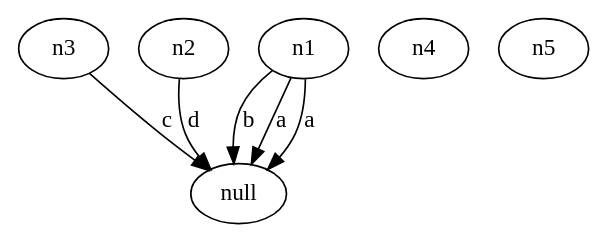
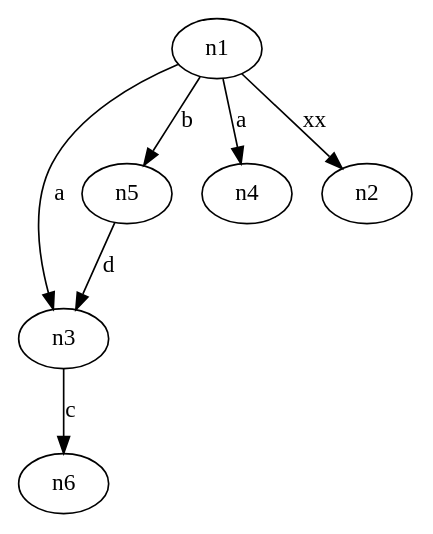
The diagram in AliasingImpl/source/t.dot (varivera/aliasing-java), drawn with Graphviz before and after one commit. The commit also changed other lines of this file and 3 other files, not shown here.

```diff
--- a/AliasingImpl/source/t.dot
+++ b/AliasingImpl/source/t.dot
@@ -1,12 +1,14 @@
 digraph G {
-n3->null [label="c"]
-n2->null [label="d"]
-n1->null [label="b"]
-n1->null [label="a"]
-n1->null [label="a"]
+n3->n6 [label="c"]
+n5->n3 [label="d"]
+n1->n5 [label="b"]
+n1->n4 [label="a"]
+n1->n3 [label="a"]
+n1->n2 [label="xx"]
 n1[label="n1"]
 n2[label="n2"]
 n3[label="n3"]
 n4[label="n4"]
 n5[label="n5"]
+n6[label="n6"]
 }
```
